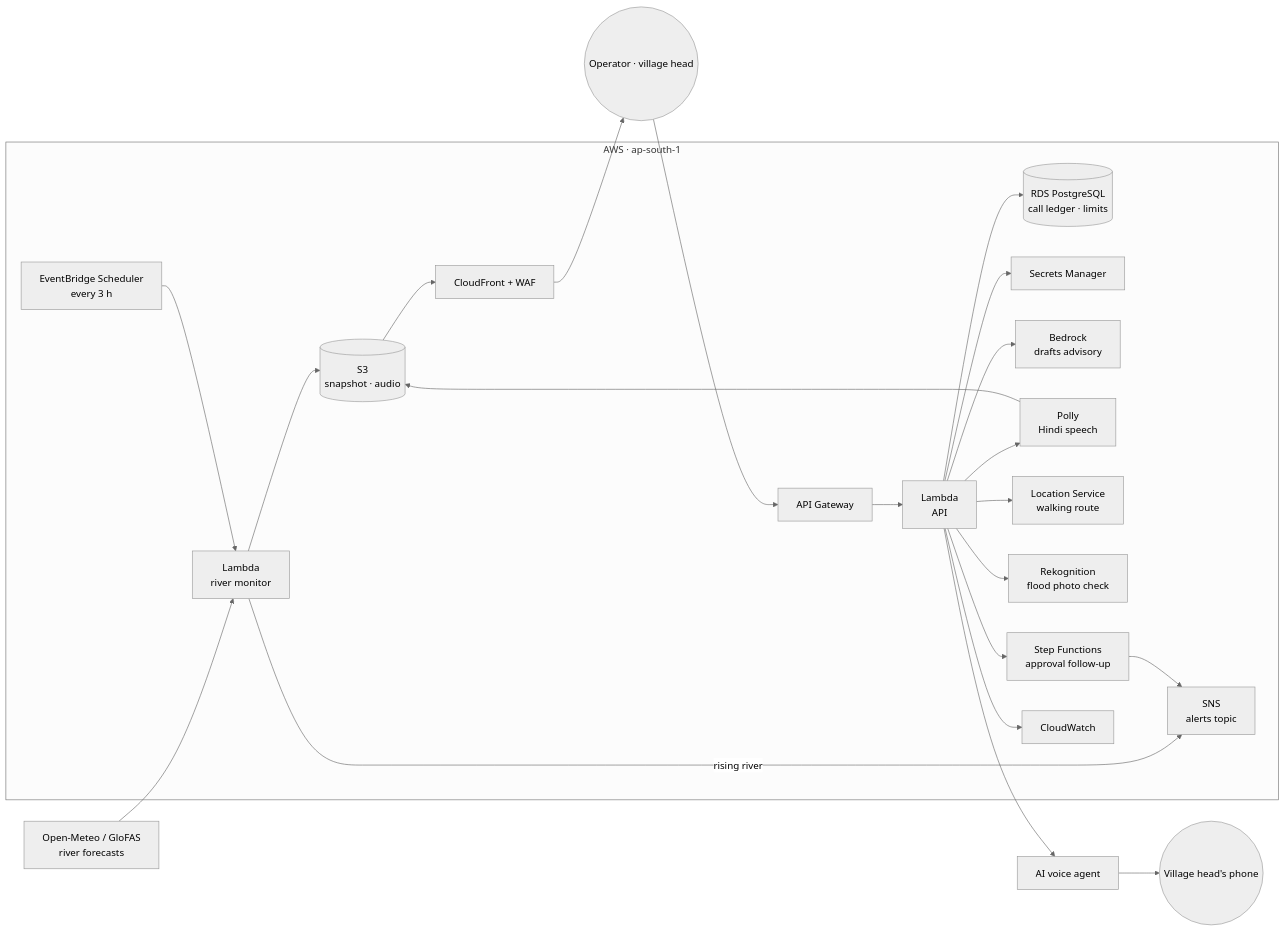
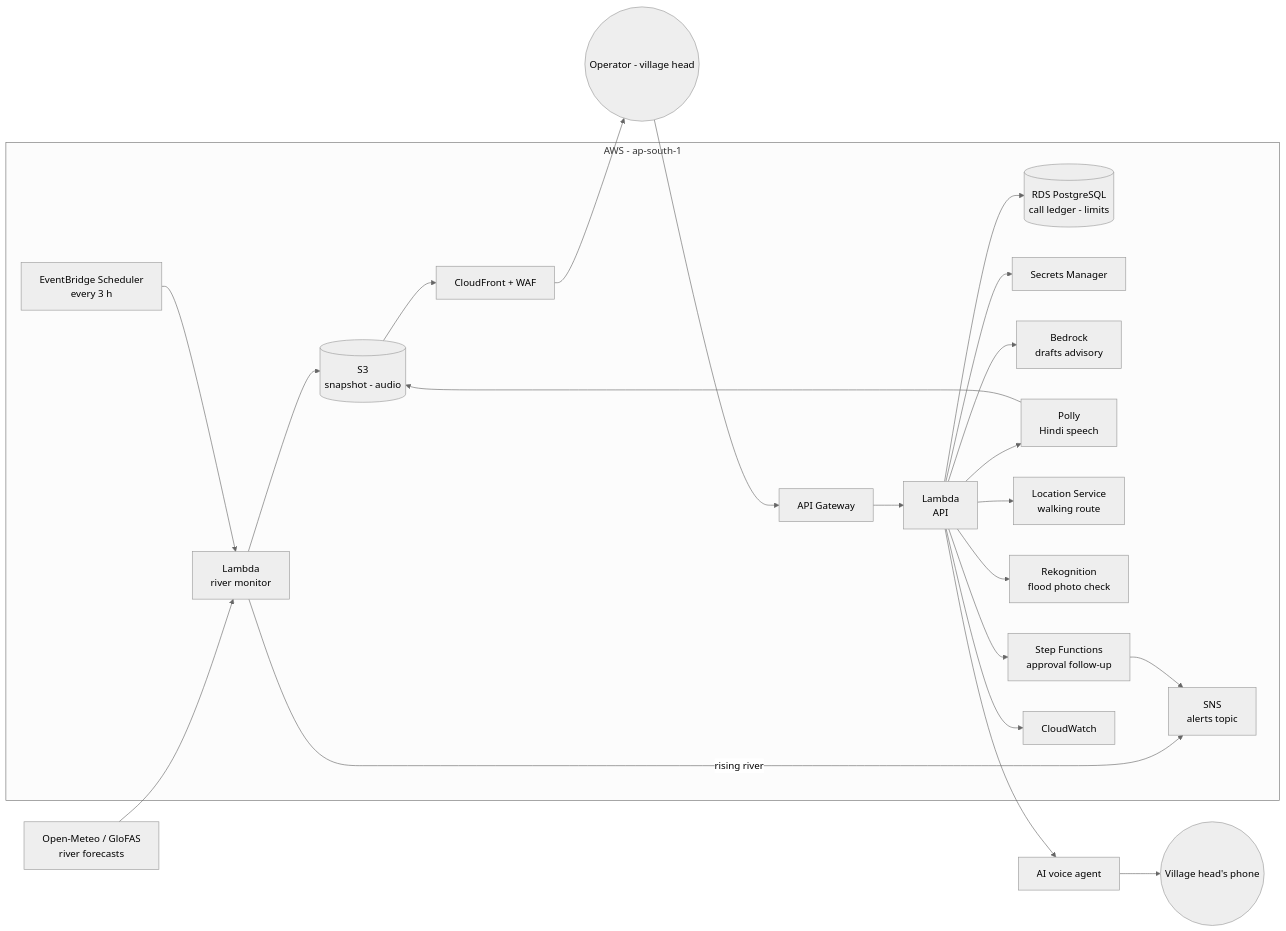
Before and after one commit to Piyush5525/JalNetra: the fifth of 6 diagrams in README.md, drawn with Mermaid (neutral theme). The commit also changed other lines of this file and 1 other file, not shown here.

Commit message:
README: fix Mermaid diagrams for GitHub, put Piyush first in the team table

````diff
--- a/README.md
+++ b/README.md
@@ -203,23 +203,23 @@
 ```mermaid
 flowchart LR
   OM[Open-Meteo / GloFAS<br/>river forecasts] --> MON
-  subgraph AWS[AWS · ap-south-1]
+  subgraph AWS[AWS - ap-south-1]
     EB[EventBridge Scheduler<br/>every 3 h] --> MON[Lambda<br/>river monitor]
-    MON --> S3[(S3<br/>snapshot · audio)]
+    MON --> S3[(S3<br/>snapshot - audio)]
     S3 --> CF[CloudFront + WAF]
     MON -- rising river --> SNS[SNS<br/>alerts topic]
     APIGW[API Gateway] --> API[Lambda<br/>API]
-    API --> RDS[(RDS PostgreSQL<br/>call ledger · limits)]
+    API --> RDS[(RDS PostgreSQL<br/>call ledger - limits)]
     API --> SM[Secrets Manager]
     API --> BR[Bedrock<br/>drafts advisory]
     API --> PO[Polly<br/>Hindi speech]
     API --> LOC[Location Service<br/>walking route]
     API --> RK[Rekognition<br/>flood photo check]
     API --> SF[Step Functions<br/>approval follow-up] --> SNS
     PO --> S3
     API --> CW[CloudWatch]
   end
-  CF --> U((Operator · village head))
+  CF --> U((Operator - village head))
   U --> APIGW
   API --> VA[AI voice agent] --> PH((Village head's phone))
 ```
````
